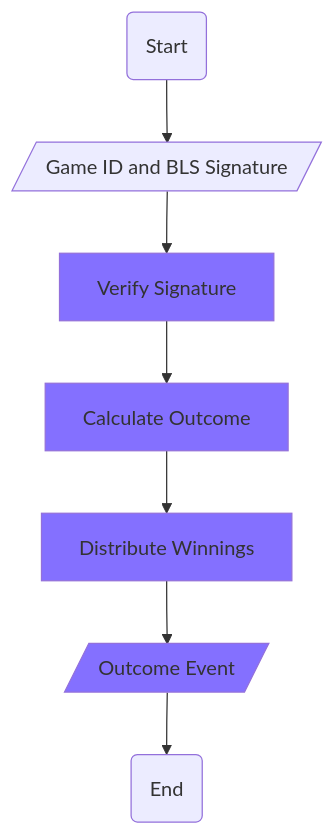
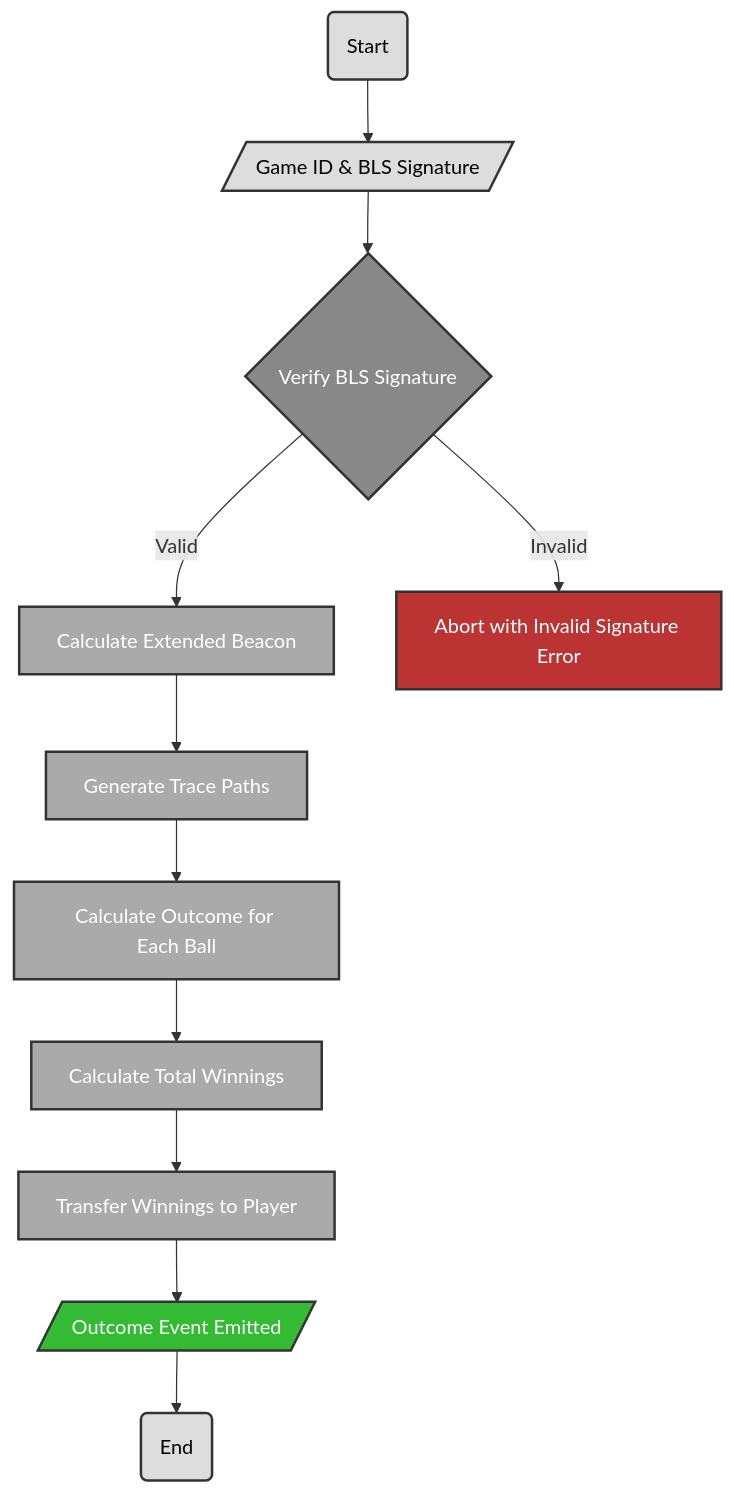
One commit to MystenLabs/plinko-poc changed the second of 3 diagrams in README.md. Above: the diagram before and after it, drawn with Mermaid. The commit also changed other lines of this file, not shown here.

````diff
--- a/README.md
+++ b/README.md
@@ -119,11 +128,19 @@
 ```mermaid
 flowchart TD
-    A(Start) --> B
-    B[/Game ID and BLS Signature/] --> C
-    C[Verify Signature]:::purple --> D
-    D[Calculate Outcome]:::purple --> E
-    E[Distribute Winnings]:::purple --> F
-    F[/Outcome Event/]:::purple --> G
-    G(End)
-    classDef purple fill:#8470FF
+    A(Start) --> B[/Game ID & BLS Signature/]
+    B --> C{Verify BLS Signature}:::decision
+    C -->|Valid| D[Calculate Extended Beacon]:::action
+    C -->|Invalid| E[Abort with Invalid Signature Error]:::error
+    D --> F[Generate Trace Paths]:::action
+    F --> G[Calculate Outcome for Each Ball]:::action
+    G --> H[Calculate Total Winnings]:::action
+    H --> I[Transfer Winnings to Player]:::action
+    I --> J[/Outcome Event Emitted/]:::event
+    J --> K(End)
+
+    classDef default fill:#ddd,stroke:#333,stroke-width:2px,color:#000;
+    classDef action fill:#aaa,stroke:#333,stroke-width:2px,color:#fff;
+    classDef decision fill:#888,stroke:#333,stroke-width:2px,color:#fff;
+    classDef error fill:#bb3333,stroke:#333,stroke-width:2px,color:#fff;
+    classDef event fill:#33bb33,stroke:#333,stroke-width:2px,color:#fff;
 ```
````
